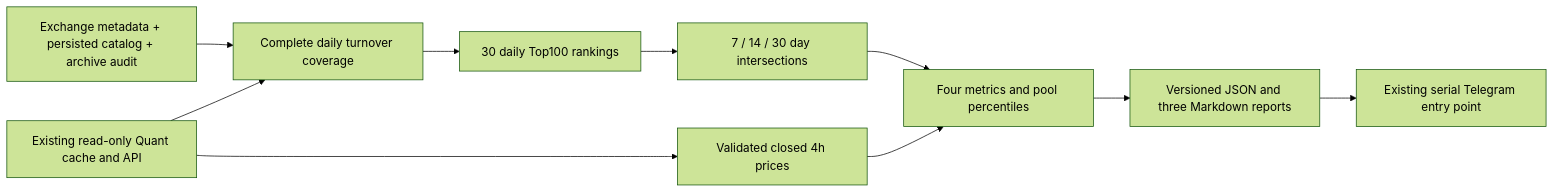
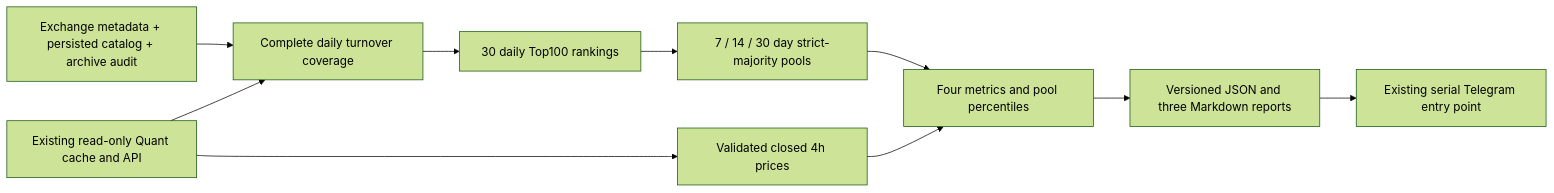
One commit to owenliang60-ship-it/finance changed the first of 2 diagrams in docs/plans/2026-09-19-crypto-trend-pool.md. Above: the diagram before and after it, drawn with Mermaid (forest theme). The commit also changed other lines of this file and 3 other files, not shown here.

Commit message:
feat(crypto): admit pools by strict majority of Top100 days

````diff
--- a/docs/plans/2026-09-19-crypto-trend-pool.md
+++ b/docs/plans/2026-09-19-crypto-trend-pool.md
@@ -21,12 +21,12 @@
 ```mermaid
 flowchart LR
   M[Exchange metadata + persisted catalog + archive audit] --> D[Complete daily turnover coverage]
   C[Existing read-only Quant cache and API] --> D
   D --> R[30 daily Top100 rankings]
-  R --> P[7 / 14 / 30 day intersections]
+  R --> P[7 / 14 / 30 day strict-majority pools]
   C --> H[Validated closed 4h prices]
   P --> S[Four metrics and pool percentiles]
   H --> S
   S --> O[Versioned JSON and three Markdown reports]
   O --> T[Existing serial Telegram entry point]
 ```
````
